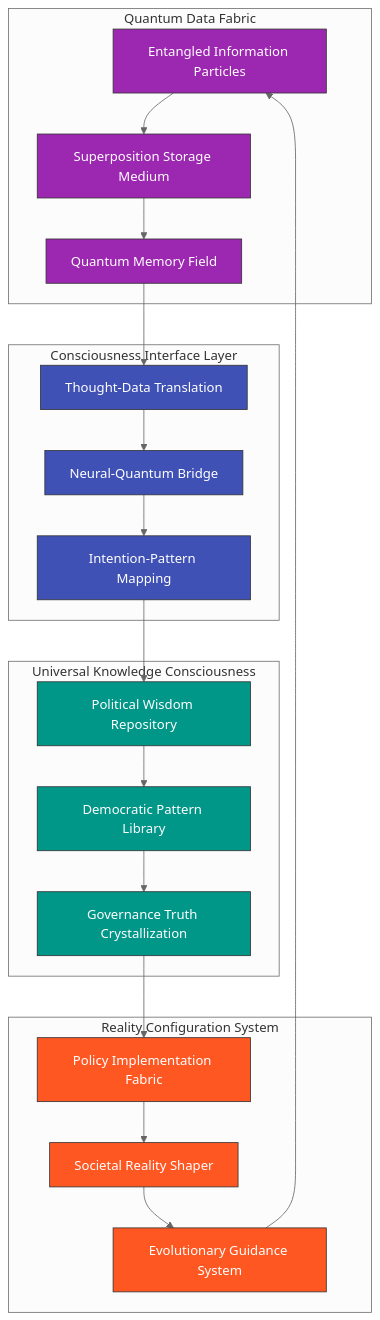
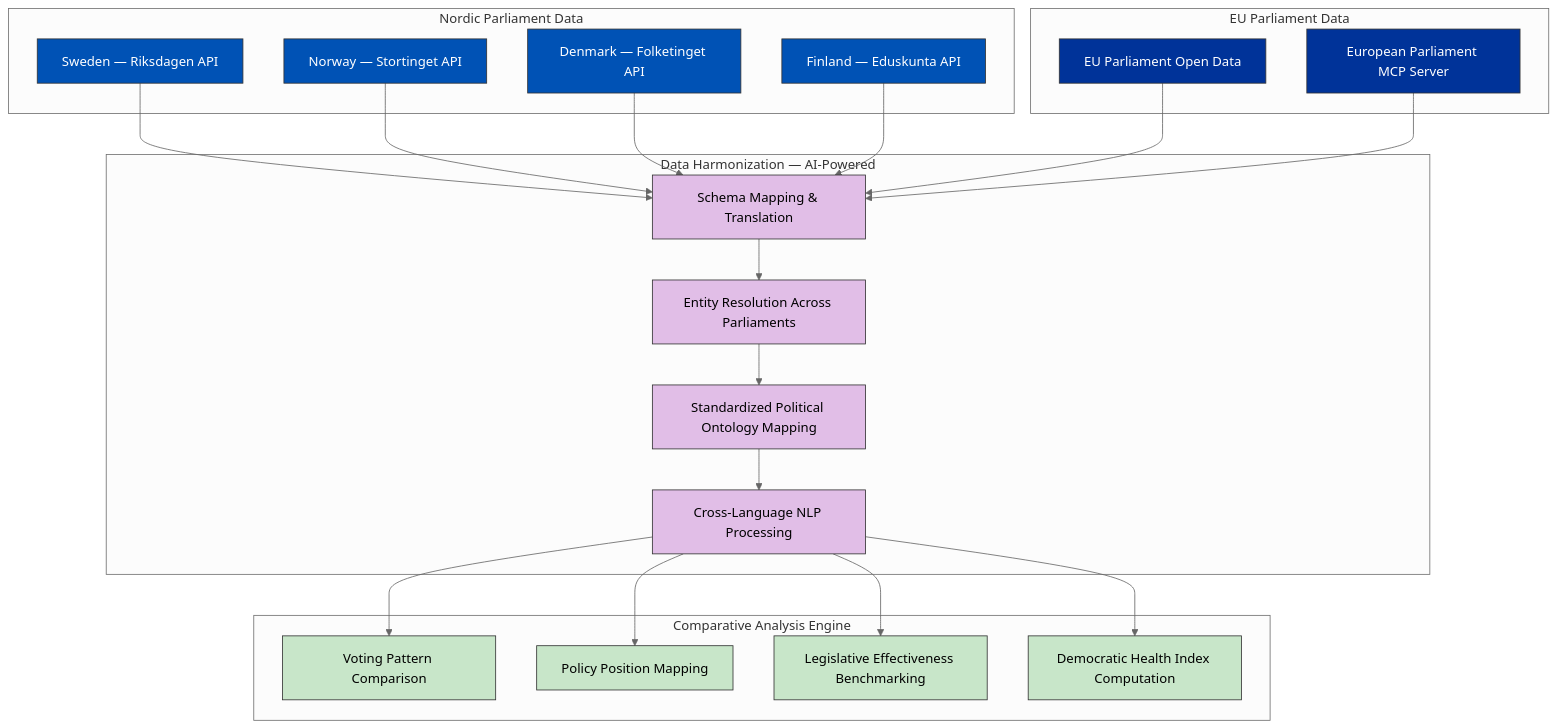
The fourth of 7 diagrams in FUTURE_FLOWCHART.md (Hack23/cia), drawn with Mermaid (neutral theme) before and after one commit. The commit also changed other lines of this file and 5 other files, not shown here.

Commit message:
docs: update FUTURE_ARCHITECTURE, FUTURE_DATA_MODEL, FUTURE_FLOWCHART, FUTURE_MINDMAP, FUTURE_STATEDIAGRAM, FUTURE_SWOT with 2026-2037 roadmap

````diff
--- a/FUTURE_FLOWCHART.md
+++ b/FUTURE_FLOWCHART.md
@@ -701,41 +223,43 @@
 ```mermaid
-flowchart TD
-    subgraph "Quantum Data Fabric"
-        QD1[Entangled Information Particles]
-        QD2[Superposition Storage Medium]
-        QD3[Quantum Memory Field]
+flowchart TB
+    subgraph "Nordic Parliament Data"
+        N1[Sweden — Riksdagen API]
+        N2[Norway — Stortinget API]
+        N3[Denmark — Folketinget API]
+        N4[Finland — Eduskunta API]
     end
-    
-    subgraph "Consciousness Interface Layer"
-        CI1[Thought-Data Translation]
-        CI2[Neural-Quantum Bridge]
-        CI3[Intention-Pattern Mapping]
+
+    subgraph "EU Parliament Data"
+        E1[EU Parliament Open Data]
+        E2[European Parliament MCP Server]
     end
-    
-    subgraph "Universal Knowledge Consciousness"
-        UK1[Political Wisdom Repository]
-        UK2[Democratic Pattern Library]
-        UK3[Governance Truth Crystallization]
+
+    subgraph "Data Harmonization — AI-Powered"
+        H1[Schema Mapping & Translation]
+        H2[Entity Resolution Across Parliaments]
+        H3[Standardized Political Ontology Mapping]
+        H4[Cross-Language NLP Processing]
     end
-    
-    subgraph "Reality Configuration System"
-        RC1[Policy Implementation Fabric]
-        RC2[Societal Reality Shaper]
-        RC3[Evolutionary Guidance System]
+
+    subgraph "Comparative Analysis Engine"
+        C1[Voting Pattern Comparison]
+        C2[Policy Position Mapping]
+        C3[Legislative Effectiveness Benchmarking]
+        C4[Democratic Health Index Computation]
     end
-    
-    QD1 --> QD2 --> QD3 --> CI1
-    CI1 --> CI2 --> CI3 --> UK1
-    UK1 --> UK2 --> UK3 --> RC1
-    RC1 --> RC2 --> RC3 --> QD1
-    
-    classDef quantum fill:#9C27B0,stroke:#333,stroke-width:1px,color:white
-    classDef interface fill:#3F51B5,stroke:#333,stroke-width:1px,color:white
-    classDef knowledge fill:#009688,stroke:#333,stroke-width:1px,color:white
-    classDef reality fill:#FF5722,stroke:#333,stroke-width:1px,color:white
-    
-    class QD1,QD2,QD3 quantum
-    class CI1,CI2,CI3 interface
-    class UK1,UK2,UK3 knowledge
-    class RC1,RC2,RC3 reality
+
+    N1 & N2 & N3 & N4 --> H1
+    E1 & E2 --> H1
+    H1 --> H2 --> H3 --> H4
+    H4 --> C1 & C2 & C3 & C4
+
+    classDef nordic fill:#0052B5,stroke:#333,stroke-width:1px,color:white
+    classDef eu fill:#003399,stroke:#333,stroke-width:1px,color:white
+    classDef harmonize fill:#e1bee7,stroke:#333,stroke-width:1px,color:black
+    classDef analysis fill:#c8e6c9,stroke:#333,stroke-width:1px,color:black
+
+    class N1,N2,N3,N4 nordic
+    class E1,E2 eu
+    class H1,H2,H3,H4 harmonize
+    class C1,C2,C3,C4 analysis
 ```
````
